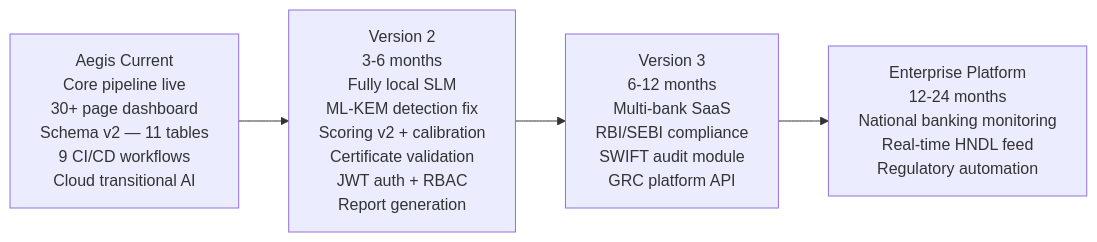
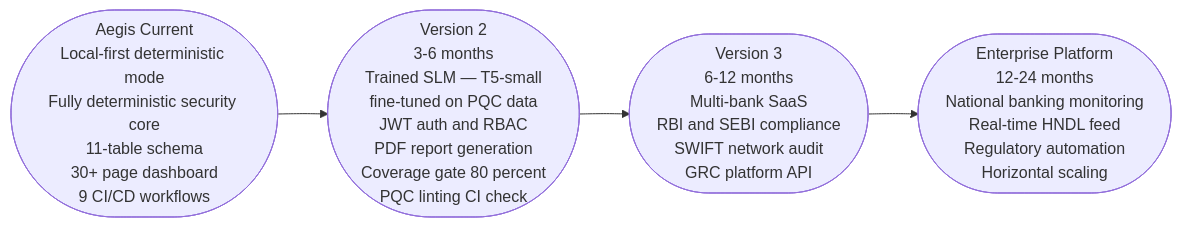
Before and after one commit to notgautham/Aegis: diagram 11 of 11 in documentations/SOLUTION.md, drawn with Mermaid. The commit also changed other lines of this file and 20 other files, not shown here.

````diff
--- a/documentations/SOLUTION.md
+++ b/documentations/SOLUTION.md
@@ -806,10 +1031,10 @@
 ```mermaid
 graph LR
-    CURRENT[Aegis Current<br>Core pipeline live<br>30+ page dashboard<br>Schema v2 — 11 tables<br>9 CI/CD workflows<br>Cloud transitional AI]
+    CURRENT(["Aegis Current<br>Local-first deterministic mode<br>Fully deterministic security core<br>11-table schema<br>30+ page dashboard<br>9 CI/CD workflows"])
 
-    CURRENT --> V2[Version 2<br>3-6 months<br>Fully local SLM<br>ML-KEM detection fix<br>Scoring v2 + calibration<br>Certificate validation<br>JWT auth + RBAC<br>Report generation]
+    CURRENT --> V2(["Version 2<br>3-6 months<br>Trained SLM — T5-small<br>fine-tuned on PQC data<br>JWT auth and RBAC<br>PDF report generation<br>Coverage gate 80 percent<br>PQC linting CI check"])
 
-    V2 --> V3[Version 3<br>6-12 months<br>Multi-bank SaaS<br>RBI/SEBI compliance<br>SWIFT audit module<br>GRC platform API]
+    V2 --> V3(["Version 3<br>6-12 months<br>Multi-bank SaaS<br>RBI and SEBI compliance<br>SWIFT network audit<br>GRC platform API"])
 
-    V3 --> PLATFORM[Enterprise Platform<br>12-24 months<br>National banking monitoring<br>Real-time HNDL feed<br>Regulatory automation]
+    V3 --> PLATFORM(["Enterprise Platform<br>12-24 months<br>National banking monitoring<br>Real-time HNDL feed<br>Regulatory automation<br>Horizontal scaling"])
 ```
````
